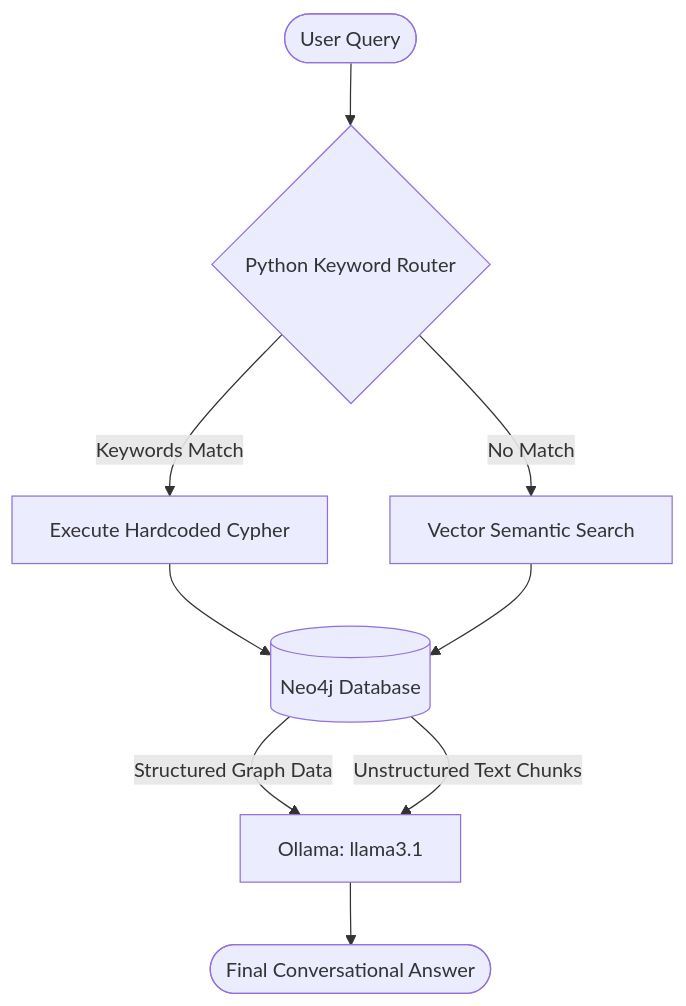
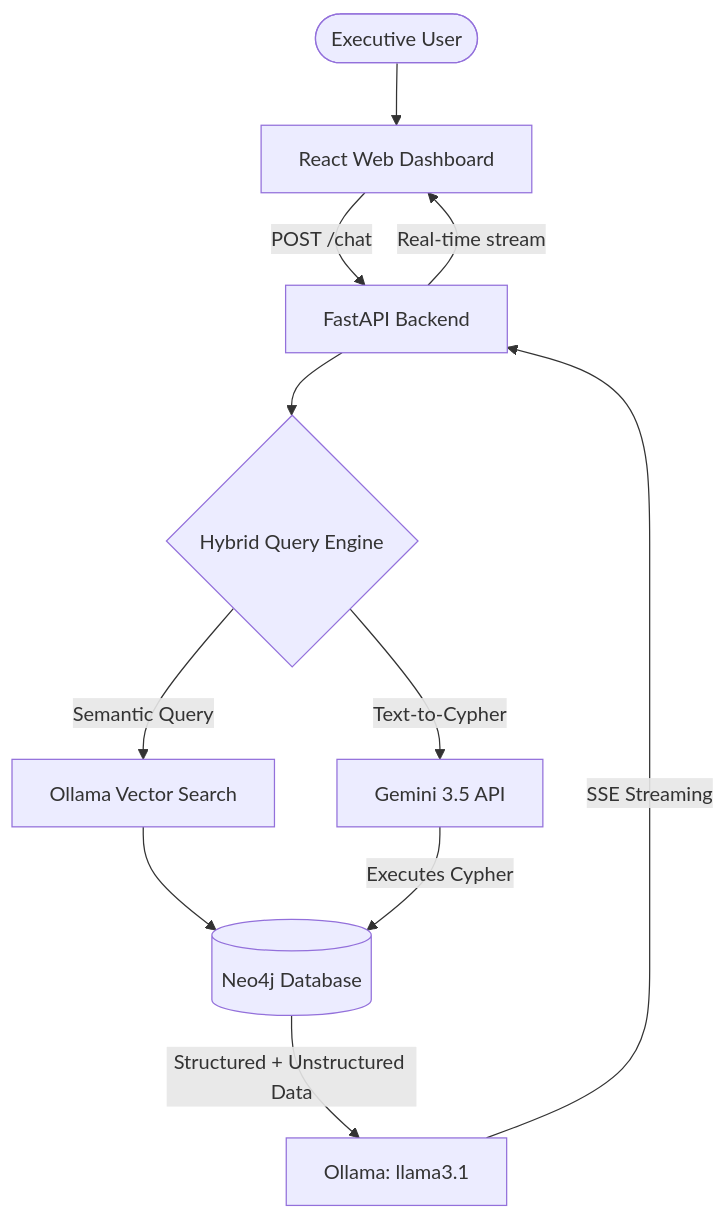
Before and after one commit to avyuktcodes/TATA-RATAN-Version-2-: the second of 2 diagrams in README.md, drawn with Mermaid. The commit also changed other lines of this file and 45 other files, not shown here.

Commit message:
Initial commit: Tata Ratan Enterprise GraphRAG

````diff
--- a/README.md
+++ b/README.md
@@ -41,11 +39,16 @@
 ```mermaid
 graph TD
-    User([User Query]) --> Router{Python Keyword Router}
-    Router -- Keywords Match --> Cypher[Execute Hardcoded Cypher]
-    Cypher --> Neo4j[(Neo4j Database)]
-    Router -- No Match --> VectorSearch[Vector Semantic Search]
-    VectorSearch --> Neo4j
-    Neo4j -- Structured Graph Data --> LLM[Ollama: llama3.1]
-    Neo4j -- Unstructured Text Chunks --> LLM
-    LLM --> Synthesis([Final Conversational Answer])
+    User([Executive User]) --> React[React Web Dashboard]
+    React -- POST /chat --> FastAPI[FastAPI Backend]
+    FastAPI --> Engine{Hybrid Query Engine}
+    
+    Engine -- Semantic Query --> VectorSearch[Ollama Vector Search]
+    Engine -- Text-to-Cypher --> Gemini[Gemini 3.5 API]
+    
+    VectorSearch --> Neo4j[(Neo4j Database)]
+    Gemini -- Executes Cypher --> Neo4j
+    
+    Neo4j -- Structured + Unstructured Data --> LLM[Ollama: llama3.1]
+    LLM -- SSE Streaming --> FastAPI
+    FastAPI -- Real-time stream --> React
 ```
````
